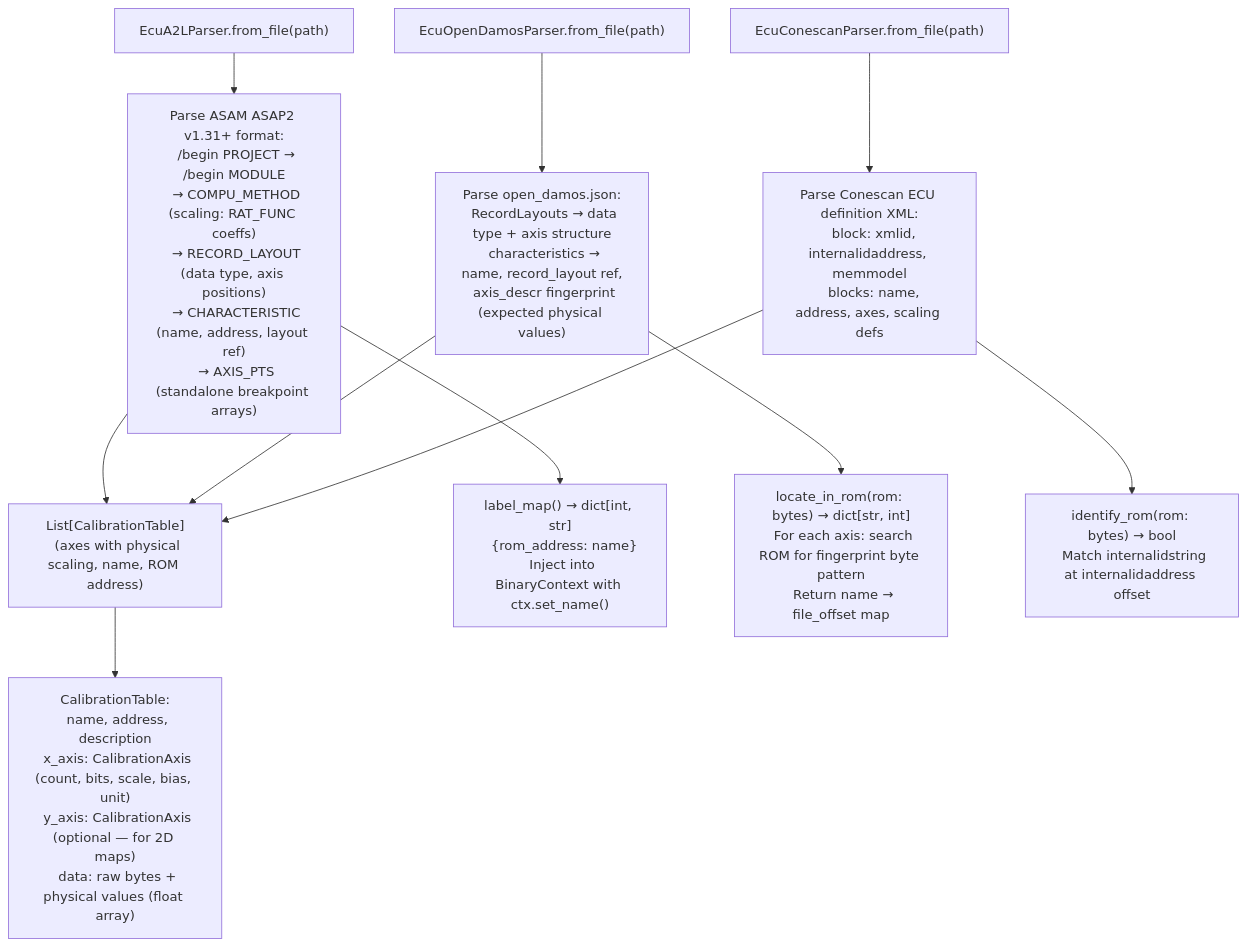
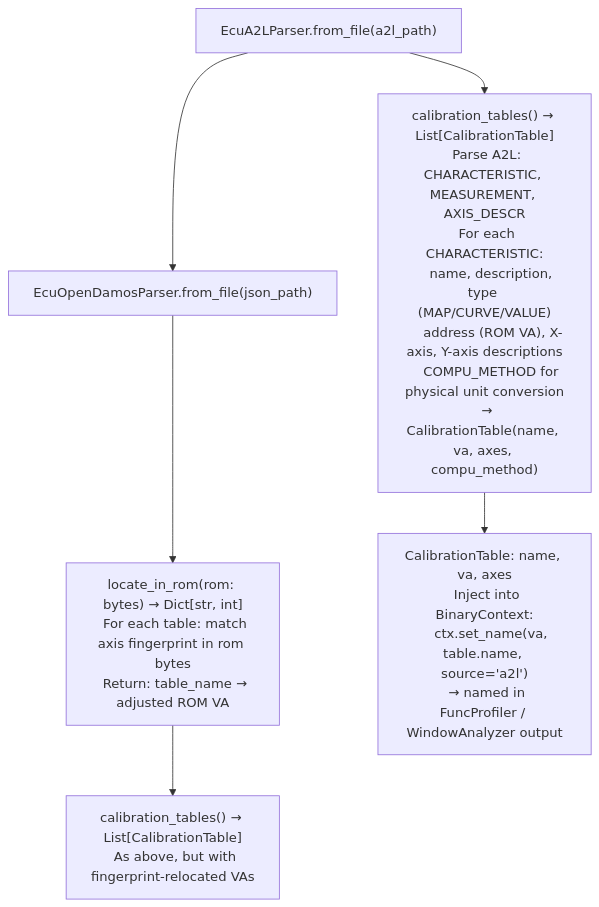
One commit to Ablation-Tool/ablation changed the diagram in docs/reference-modules/calibration-parsers.md. Above: the diagram before and after it, drawn with Mermaid. The commit also changed other lines of this file and 1 other file, not shown here.

````diff
--- a/docs/reference-modules/calibration-parsers.md
+++ b/docs/reference-modules/calibration-parsers.md
@@ -19,16 +19,7 @@
 ```mermaid
 flowchart TD
-    A1["EcuA2LParser.from_file(path)"] --> B1["Parse ASAM ASAP2 v1.31+ format:\n  /begin PROJECT → /begin MODULE\n  → COMPU_METHOD (scaling: RAT_FUNC coeffs)\n  → RECORD_LAYOUT (data type, axis positions)\n  → CHARACTERISTIC (name, address, layout ref)\n  → AXIS_PTS (standalone breakpoint arrays)"]
-    B1 --> C["List[CalibrationTable]\n  (axes with physical scaling, name, ROM address)"]
-    B1 --> D["label_map() → dict[int, str]\n  {rom_address: name}\n  Inject into BinaryContext with ctx.set_name()"]
-
-    A2["EcuOpenDamosParser.from_file(path)"] --> B2["Parse open_damos.json:\n  RecordLayouts → data type + axis structure\n  characteristics → name, record_layout ref,\n  axis_descr fingerprint (expected physical values)"]
-    B2 --> E["locate_in_rom(rom: bytes) → dict[str, int]\n  For each axis: search ROM for fingerprint byte pattern\n  Return name → file_offset map"]
-    B2 --> C
-
-    A3["EcuConescanParser.from_file(path)"] --> B3["Parse Conescan ECU definition XML:\n  <romid> block: xmlid, internalidaddress, memmodel\n  <table> blocks: name, address, axes, scaling defs"]
-    B3 --> F["identify_rom(rom: bytes) → bool\n  Match internalidstring at internalidaddress offset"]
-    B3 --> C
-
-    C --> G["CalibrationTable:\n  name, address, description\n  x_axis: CalibrationAxis (count, bits, scale, bias, unit)\n  y_axis: CalibrationAxis (optional — for 2D maps)\n  data: raw bytes + physical values (float array)"]
+    A["EcuA2LParser.from_file(a2l_path)"] --> B["calibration_tables() → List[CalibrationTable]\n  Parse A2L: CHARACTERISTIC, MEASUREMENT, AXIS_DESCR\n  For each CHARACTERISTIC:\n    name, description, type (MAP/CURVE/VALUE)\n    address (ROM VA), X-axis, Y-axis descriptions\n    COMPU_METHOD for physical unit conversion\n  → CalibrationTable(name, va, axes, compu_method)"]
+    A --> C["EcuOpenDamosParser.from_file(json_path)"] --> D["locate_in_rom(rom: bytes) → Dict[str, int]\n  For each table: match axis fingerprint in rom bytes\n  Return: table_name → adjusted ROM VA"]
+    D --> E["calibration_tables() → List[CalibrationTable]\n  As above, but with fingerprint-relocated VAs"]
+    B --> F["CalibrationTable: name, va, axes\n  Inject into BinaryContext:\n    ctx.set_name(va, table.name, source='a2l')\n  → named in FuncProfiler / WindowAnalyzer output"]
 ```
````
